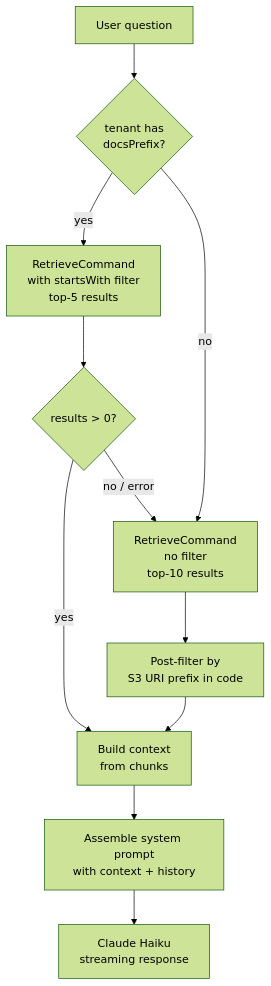
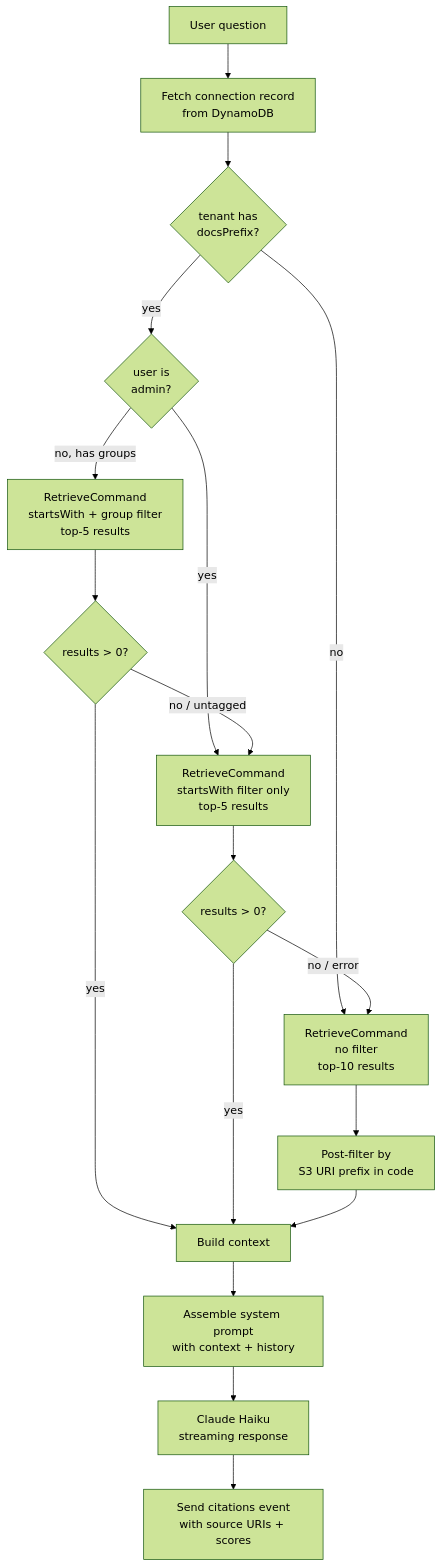
Before and after one commit to effectivegenie/knowledge-assistant: the diagram in docs/rag.md, drawn with Mermaid (forest theme). The commit also changed other lines of this file and 17 other files, not shown here.

First line of the commit message:
feat: JWKS verification, business groups, document tagging, citations

````diff
--- a/docs/rag.md
+++ b/docs/rag.md
@@ -46,13 +62,20 @@
 ```mermaid
 flowchart TD
-    Q[User question] --> A{tenant has\ndocsPrefix?}
-    A -- yes --> F[RetrieveCommand\nwith startsWith filter\ntop-5 results]
+    Q[User question] --> CC[Fetch connection record\nfrom DynamoDB]
+    CC --> A{tenant has\ndocsPrefix?}
+    A -- yes --> GC{user is\nadmin?}
+    GC -- yes --> F[RetrieveCommand\nstartsWith filter only\ntop-5 results]
+    GC -- no, has groups --> GF[RetrieveCommand\nstartsWith + group filter\ntop-5 results]
+    GF --> GR{results > 0?}
+    GR -- yes --> CTX[Build context]
+    GR -- no / untagged --> F
     A -- no --> U[RetrieveCommand\nno filter\ntop-10 results]
     F --> R{results > 0?}
-    R -- yes --> CTX[Build context\nfrom chunks]
+    R -- yes --> CTX
     R -- no / error --> U
     U --> PF[Post-filter by\nS3 URI prefix in code]
     PF --> CTX
     CTX --> P[Assemble system prompt\nwith context + history]
     P --> C[Claude Haiku\nstreaming response]
+    C --> CIT[Send citations event\nwith source URIs + scores]
 ```
````
